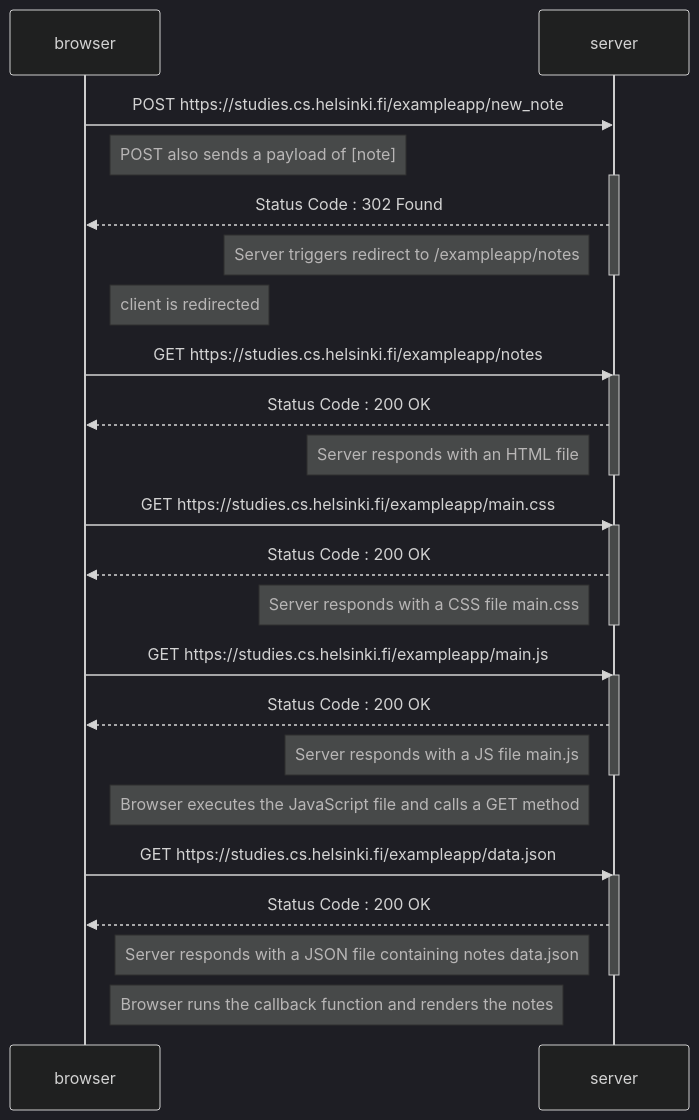
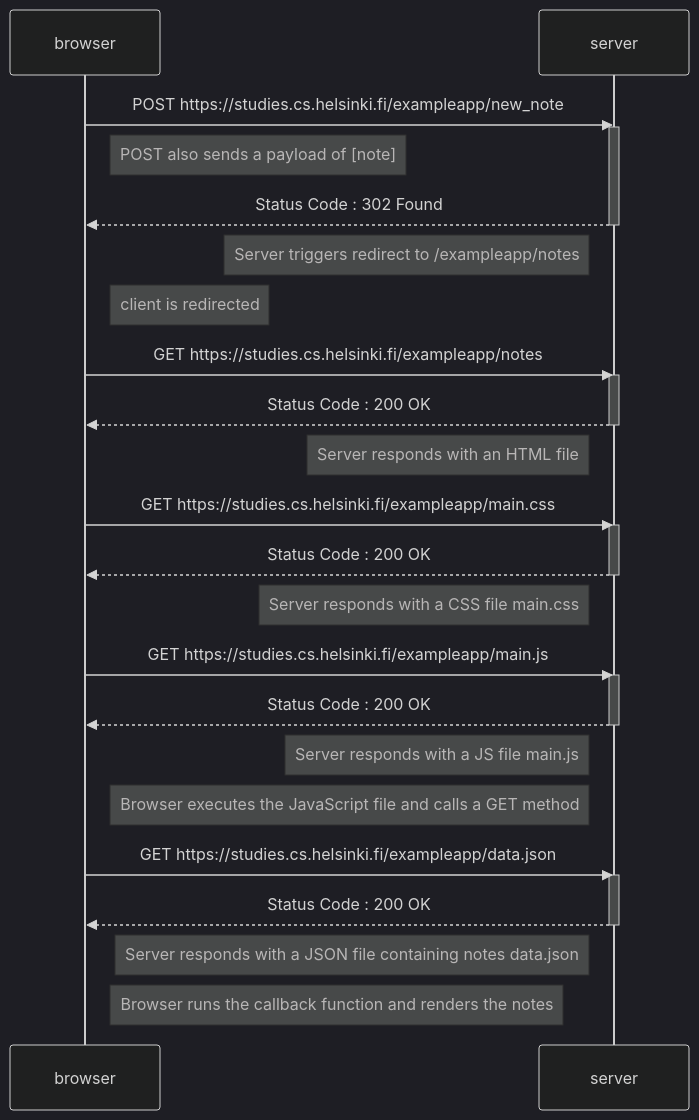
One commit to ariqRam/fullstackopen changed the diagram in part0/4-new-note.md. Above: the diagram before and after it, drawn with Mermaid (dark theme). The commit also changed other lines of this file and 1 other file, not shown here.

````diff
--- a/part0/4-new-note.md
+++ b/part0/4-new-note.md
@@ -1,42 +1,42 @@
 ```mermaid
 sequenceDiagram
     participant browser
     participant server
 
     browser->>server: POST https://studies.cs.helsinki.fi/exampleapp/new_note
+    activate server
     Note right of browser: POST also sends a payload of [note]
-
-    activate server
     server-->>browser: Status Code : 302 Found
+    deactivate server
     Note left of server: Server triggers redirect to /exampleapp/notes
-    deactivate server
 
     Note right of browser: client is redirected
     browser->>server: GET https://studies.cs.helsinki.fi/exampleapp/notes
     activate server
     server-->>browser: Status Code : 200 OK
+    deactivate server
     Note left of server: Server responds with an HTML file
-    deactivate server
 
     browser->>server: GET https://studies.cs.helsinki.fi/exampleapp/main.css
     activate server
     server-->>browser: Status Code : 200 OK
+    deactivate server
     Note left of server: Server responds with a CSS file main.css
-    deactivate server
+
 
     browser->>server: GET https://studies.cs.helsinki.fi/exampleapp/main.js
     activate server
     server-->>browser: Status Code : 200 OK
+    deactivate server
     Note left of server : Server responds with a JS file main.js
-    deactivate server
 
     Note right of browser: Browser executes the JavaScript file and calls a GET method
 
     browser->>server: GET https://studies.cs.helsinki.fi/exampleapp/data.json
     activate server
     server-->>browser: Status Code : 200 OK
+    deactivate server
     Note left of server : Server responds with a JSON file containing notes data.json
-    deactivate server
 
     Note right of browser: Browser runs the callback function and renders the notes
 ```
````
